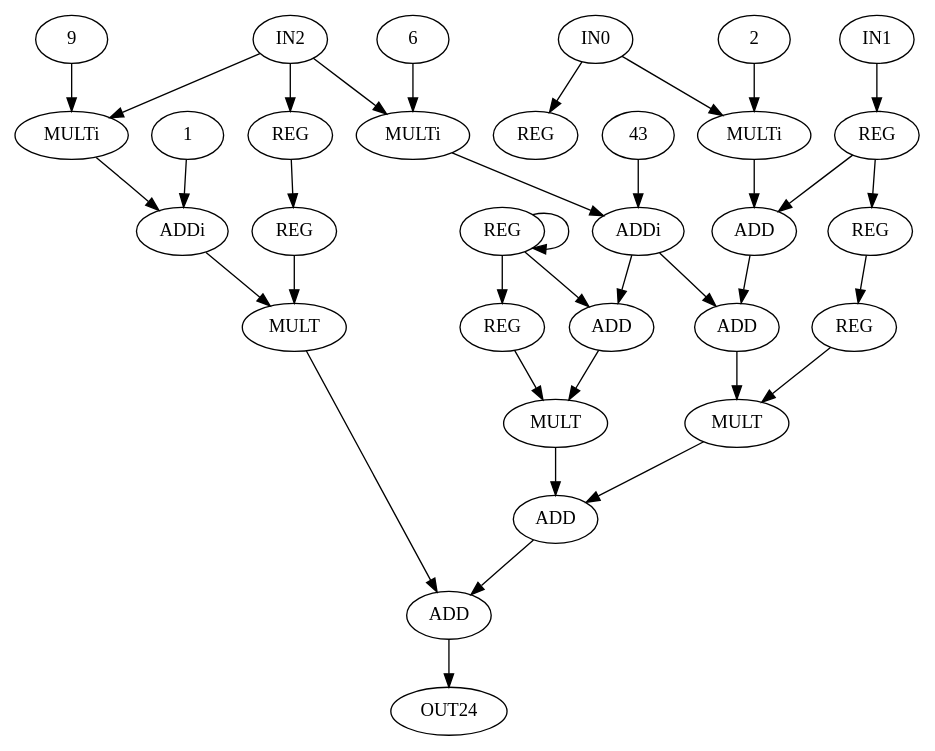
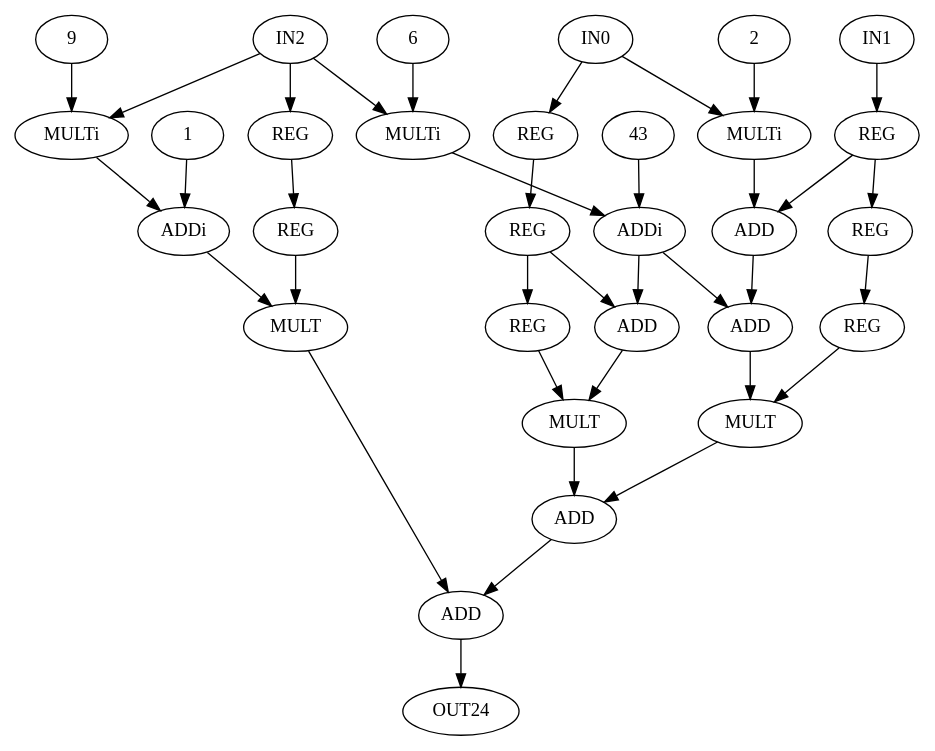
Before and after one commit to lesc-ufv/fdam: the diagram in fdam-samples/fdam-cgra-samples/cgra_128_radix8/sw/cpp/dot_dataflows/mibench.dot, drawn with Graphviz. The commit also changed 11 other files, not shown here.

```diff
--- a/fdam-samples/fdam-cgra-samples/cgra_128_radix8/sw/cpp/dot_dataflows/mibench.dot
+++ b/fdam-samples/fdam-cgra-samples/cgra_128_radix8/sw/cpp/dot_dataflows/mibench.dot
@@ -1,67 +1,67 @@
-digraph mibench{
+digraph Mibench{
  0 [ label = IN0 ]
  1 [ label = IN1 ]
  2 [ label = IN2 ]
  3 [ label = REG]
  4 [ label = REG]
  5 [ label = REG]
  6 [ label = REG]
  7 [ label = REG]
  8 [ label = REG]
  9 [ label = REG]
  10 [ label = REG]
  11 [ label = MULTi, VALUE = 9]
  "11.9"[ label = 9 ]
  12 [ label = MULTi, VALUE = 6]
  "12.6"[ label = 6 ]
  13 [ label = MULTi, VALUE = 2]
  "13.2"[ label = 2 ]
  14 [ label = ADDi, VALUE = 1]
  "14.1"[ label = 1 ]
  15 [ label = ADDi, VALUE = 43]
  "15.43"[ label = 43 ]
  16 [ label = ADD]
  17 [ label = MULT]
  18 [ label = ADD]
  19 [ label = ADD]
  20 [ label = MULT]
  21 [ label = MULT]
  22 [ label = ADD]
  23 [ label = ADD]
  24 [ label = OUT24 ]
  0 -> 13
  0 -> 5
  1 -> 8
  2 -> 11
  2 -> 12
  2 -> 3
  3 -> 4
  4 -> 17
- 6 -> 6
+ 5 -> 6
  6 -> 7
  6 -> 18
  7 -> 20
  8 -> 9
  8 -> 16
  9 -> 10
  10 -> 21
  "11.9" -> 11
  11 -> 14
  "12.6" -> 12
  12 -> 15
  "13.2" -> 13
  13 -> 16
  "14.1" -> 14
  14 -> 17
  "15.43" -> 15
  15 -> 18
  15 -> 19
  16 -> 19
  17 -> 23
  18 -> 20
  19 -> 21
  20 -> 22
  21 -> 22
  22 -> 23
  23 -> 24
 }
```
